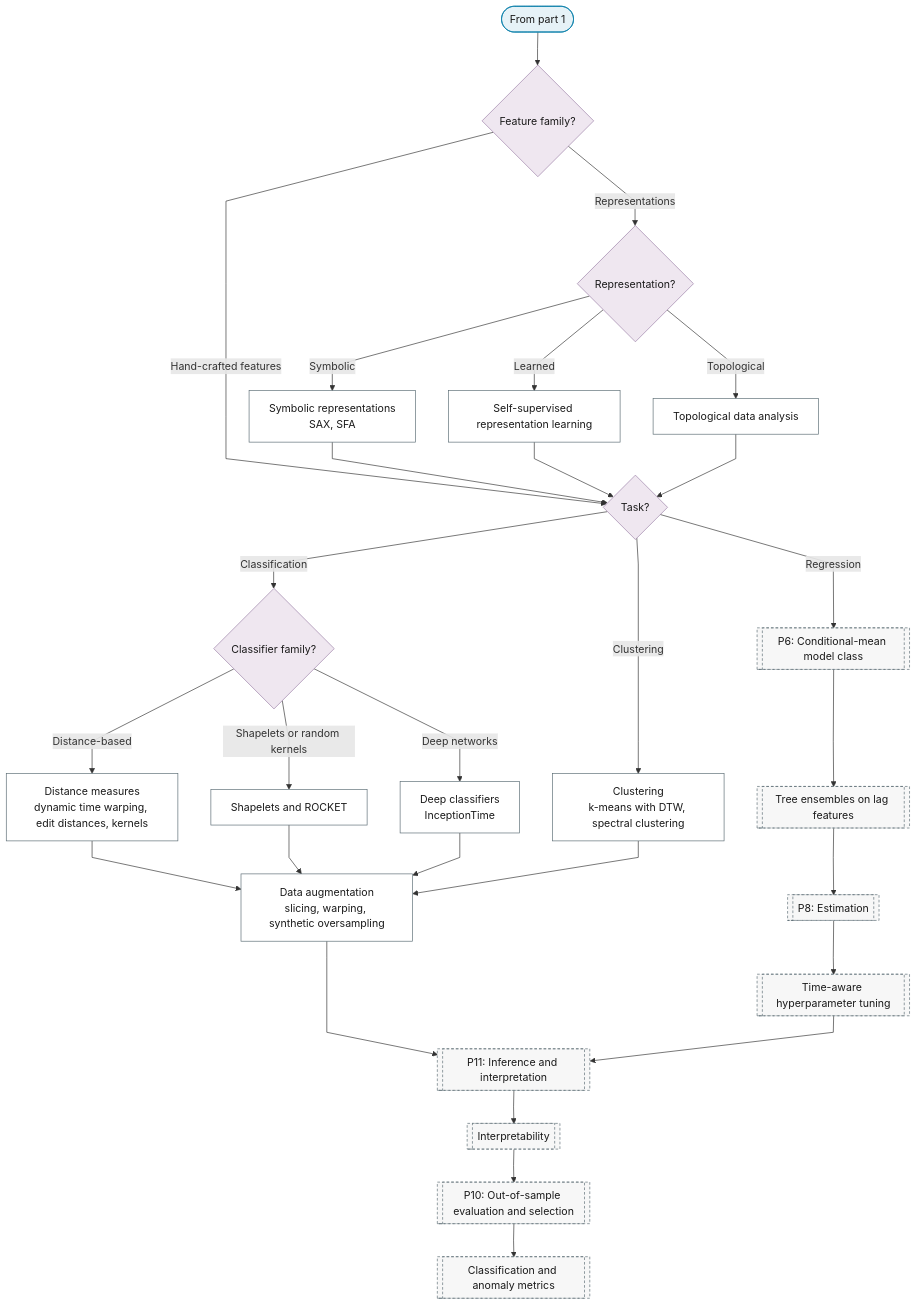
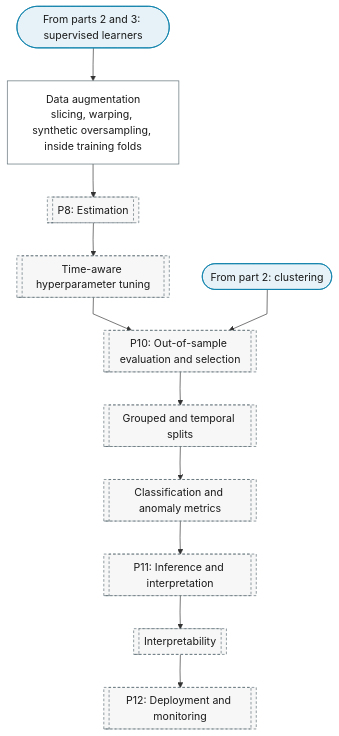
One commit to Shuxin-Y/time-series-analysis-manual changed the fourth of 4 diagrams in docs/01-workflow/p00-purpose/07-feature-extraction-classification.md. Above: the diagram before and after it, drawn with Mermaid. The commit also changed other lines of this file and 20 other files, not shown here.

````diff
--- a/docs/01-workflow/p00-purpose/07-feature-extraction-classification.md
+++ b/docs/01-workflow/p00-purpose/07-feature-extraction-classification.md
@@ -36,38 +94,25 @@
 ```mermaid
 %%{init: {"flowchart": {"curve": "linear"}}}%%
 graph TD
-    P0_FE_FROM_PART_1(["From part 1"]) --> P0_FE_FEATURE_Q_2{"Feature family?"}
-    P0_FE_FEATURE_Q_2 -->|"Representations"| P0_FE_REPRESENTATION{"Representation?"}
-    P0_FE_FEATURE_Q_2 -->|"Hand-crafted features"| P0_FE_LEARNER
-    P0_FE_REPRESENTATION -->|"Symbolic"| P0_FE_SYMBOLIC["Symbolic representations<br/>SAX, SFA"]
-    P0_FE_REPRESENTATION -->|"Learned"| P0_FE_REPRESENTATION_LEARNING["Self-supervised representation learning"]
-    P0_FE_REPRESENTATION -->|"Topological"| P0_FE_TDA["Topological data analysis"]
-    P0_FE_SYMBOLIC & P0_FE_REPRESENTATION_LEARNING & P0_FE_TDA --> P0_FE_LEARNER{"Task?"}
-    P0_FE_LEARNER -->|"Classification"| P0_FE_CLASSIFIER{"Classifier family?"}
-    P0_FE_CLASSIFIER -->|"Distance-based"| P0_FE_DISTANCES["Distance measures<br/>dynamic time warping, edit distances, kernels"]
-    P0_FE_CLASSIFIER -->|"Shapelets or random kernels"| P0_FE_SHAPELETS["Shapelets and ROCKET"]
-    P0_FE_CLASSIFIER -->|"Deep networks"| P0_FE_DEEP_CLASSIFIERS["Deep classifiers<br/>InceptionTime"]
-    P0_FE_LEARNER -->|"Clustering"| P0_FE_CLUSTERING["Clustering<br/>k-means with DTW, spectral clustering"]
-    P0_FE_LEARNER -->|"Regression"| P6[["P6: Conditional-mean model class"]]
-    P6 --> P6_TREE_ENSEMBLES[["Tree ensembles on lag features"]]
-    P0_FE_DISTANCES & P0_FE_SHAPELETS & P0_FE_DEEP_CLASSIFIERS & P0_FE_CLUSTERING --> P0_FE_AUGMENTATION["Data augmentation<br/>slicing, warping, synthetic oversampling"]
-    P0_FE_AUGMENTATION --> P11[["P11: Inference and interpretation"]]
-    P6_TREE_ENSEMBLES --> P8[["P8: Estimation"]]
+    P0_FE_PART_4_IN(["From parts 2 and 3: supervised learners"]) --> P0_FE_AUGMENTATION["Data augmentation<br/>slicing, warping, synthetic oversampling, inside training folds"]
+    P0_FE_AUGMENTATION --> P8[["P8: Estimation"]]
     P8 --> P8_HYPERPARAMETERS[["Time-aware hyperparameter tuning"]]
-    P8_HYPERPARAMETERS --> P11
+    P8_HYPERPARAMETERS --> P10[["P10: Out-of-sample evaluation and selection"]]
+    P0_FE_CLUSTER_IN(["From part 2: clustering"]) --> P10
+    P10 --> P10_GROUPED_SPLITS[["Grouped and temporal splits"]]
+    P10_GROUPED_SPLITS --> P10_CLASSIFICATION_METRICS[["Classification and anomaly metrics"]]
+    P10_CLASSIFICATION_METRICS --> P11[["P11: Inference and interpretation"]]
     P11 --> P11_INTERPRETABILITY[["Interpretability"]]
-    P11_INTERPRETABILITY --> P10[["P10: Out-of-sample evaluation and selection"]]
-    P10 --> P10_CLASSIFICATION_METRICS[["Classification and anomaly metrics"]]
-    class P0_FE_FROM_PART_1 terminator
-    class P0_FE_FEATURE_Q_2,P0_FE_REPRESENTATION,P0_FE_LEARNER,P0_FE_CLASSIFIER decision
-    class P0_FE_SYMBOLIC,P0_FE_REPRESENTATION_LEARNING,P0_FE_TDA,P0_FE_DISTANCES,P0_FE_SHAPELETS,P0_FE_DEEP_CLASSIFIERS,P0_FE_CLUSTERING,P0_FE_AUGMENTATION process
-    class P6,P6_TREE_ENSEMBLES,P11,P8,P8_HYPERPARAMETERS,P11_INTERPRETABILITY,P10,P10_CLASSIFICATION_METRICS ref
+    P11_INTERPRETABILITY --> P12[["P12: Deployment and monitoring"]]
+    class P0_FE_PART_4_IN,P0_FE_CLUSTER_IN terminator
+    class P0_FE_AUGMENTATION process
+    class P8,P8_HYPERPARAMETERS,P10,P10_GROUPED_SPLITS,P10_CLASSIFICATION_METRICS,P11,P11_INTERPRETABILITY,P12 ref
     classDef terminator fill:#E6F2F7,stroke:#007BA7,color:#1A1A1A;
     classDef process fill:#FFFFFF,stroke:#5A6B73,color:#1A1A1A;
     classDef decision fill:#EFE7F0,stroke:#9B7FA7,color:#1A1A1A;
     classDef data fill:#FFF4E0,stroke:#C9A55E,color:#1A1A1A;
     classDef good fill:#DCEFD8,stroke:#4A7A3F,color:#1A1A1A;
     classDef escalate fill:#FFE9C2,stroke:#C9A55E,color:#1A1A1A;
     classDef problem fill:#F2D9DE,stroke:#800020,color:#1A1A1A;
     classDef ref fill:#F7F7F7,stroke:#5A6B73,color:#1A1A1A,stroke-dasharray:4 3;
 ```
````
